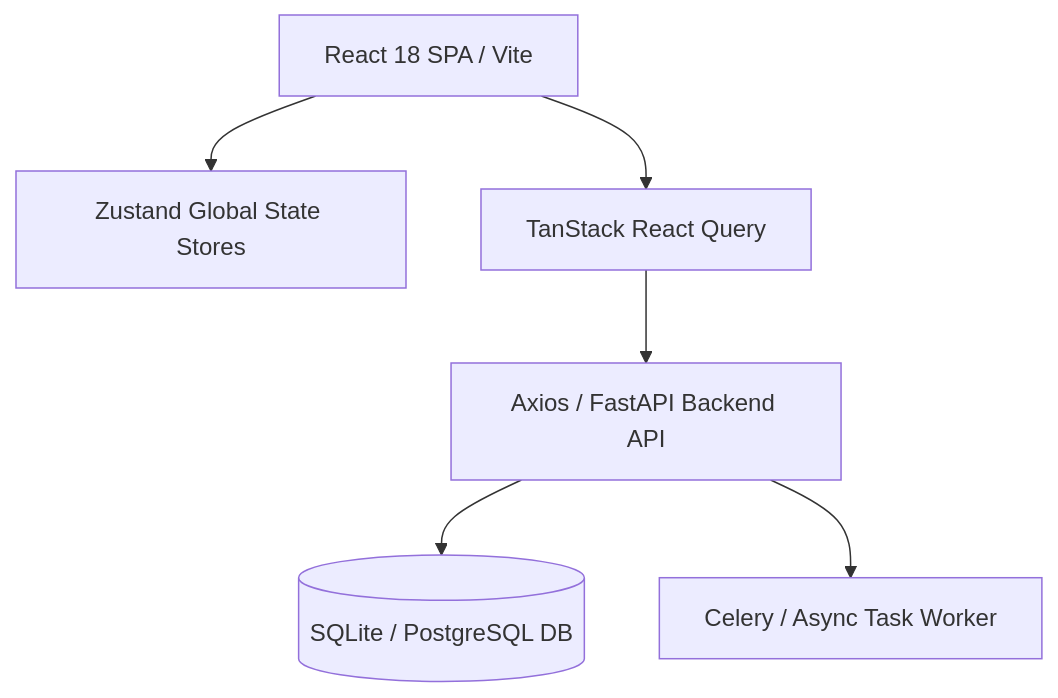
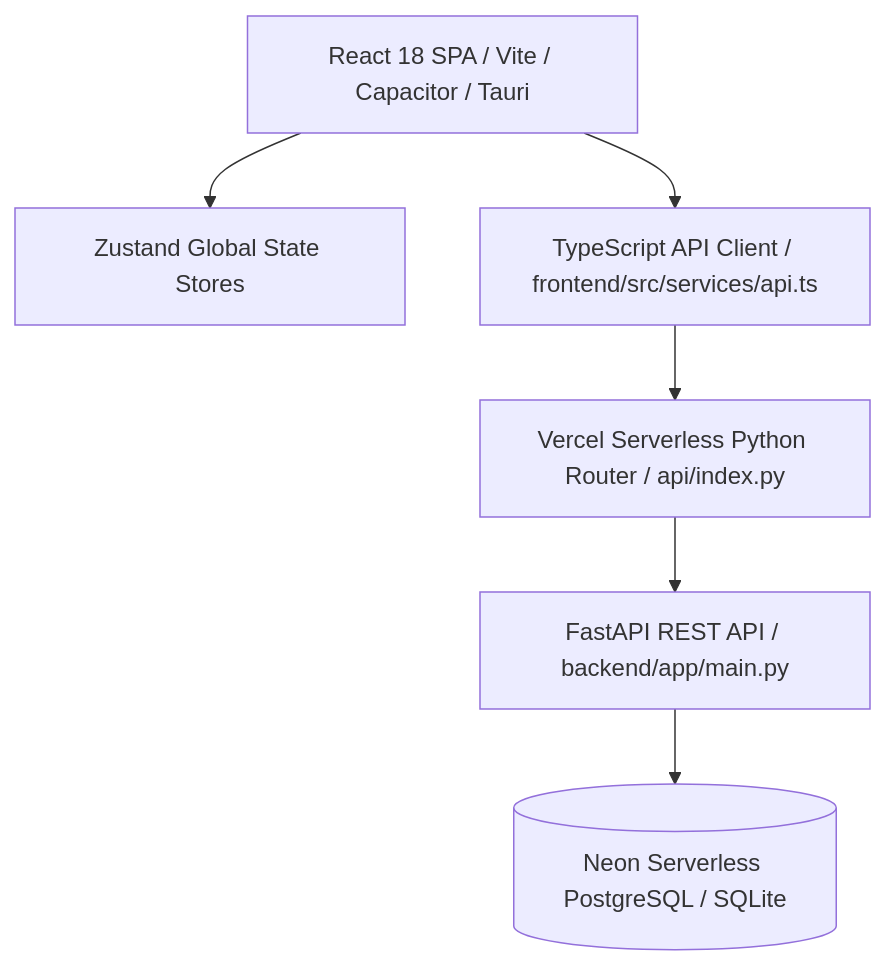
One commit to ArnavKarwa07/PCC_Personal-Control-Center changed the first of 5 diagrams in docs/ARCHITECTURE.md. Above: the diagram before and after it, drawn with Mermaid. The commit also changed other lines of this file and 17 other files, not shown here.

````diff
--- a/docs/ARCHITECTURE.md
+++ b/docs/ARCHITECTURE.md
@@ -9,8 +9,8 @@
 ```mermaid
 graph TD
-    Client[React 18 SPA / Vite] --> Stores[Zustand Global State Stores]
-    Client --> Query[TanStack React Query]
-    Query --> API[Axios / FastAPI Backend API]
-    API --> DB[(SQLite / PostgreSQL DB)]
-    API --> Worker[Celery / Async Task Worker]
+    Client[React 18 SPA / Vite / Capacitor / Tauri] --> Stores[Zustand Global State Stores]
+    Client --> APIClient[TypeScript API Client / frontend/src/services/api.ts]
+    APIClient --> VercelRouter[Vercel Serverless Python Router / api/index.py]
+    VercelRouter --> FastAPI[FastAPI REST API / backend/app/main.py]
+    FastAPI --> DB[(Neon Serverless PostgreSQL / SQLite)]
 ```
````
